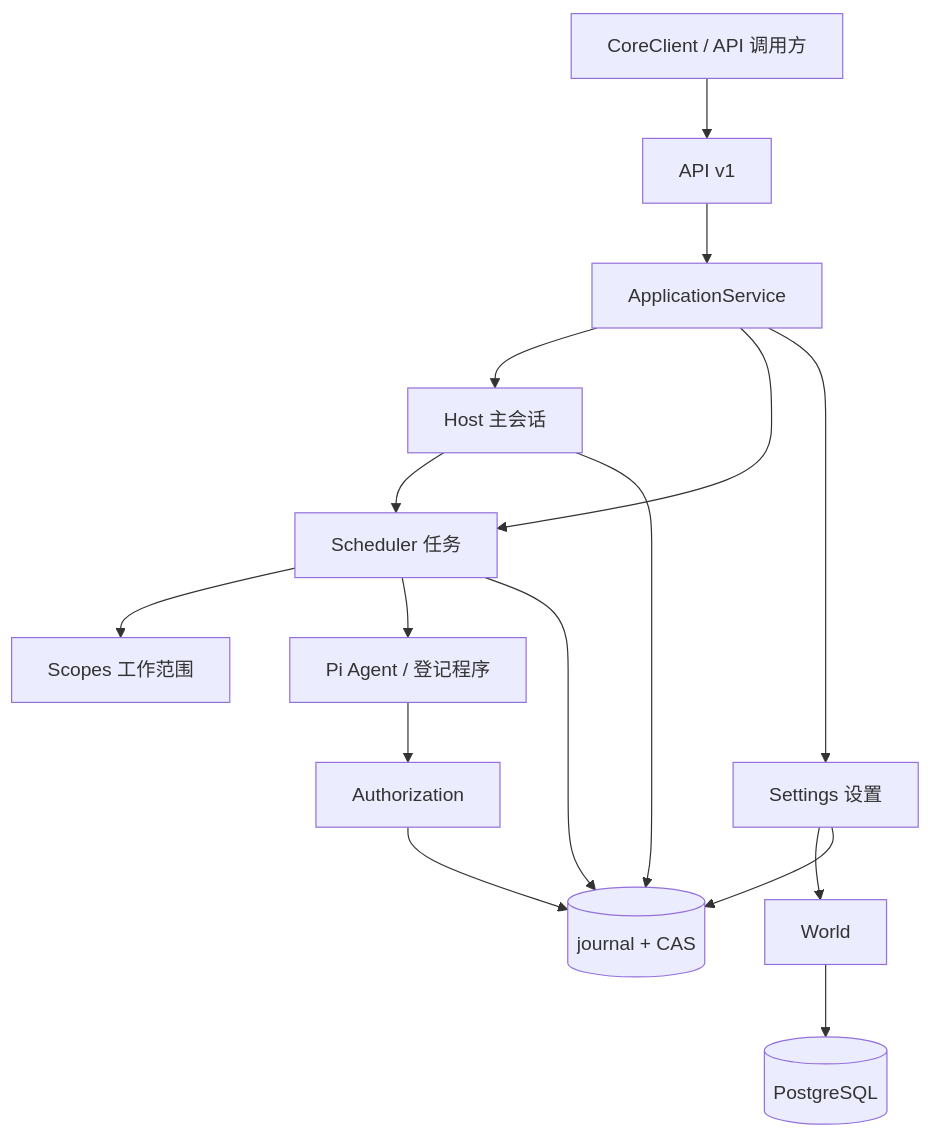
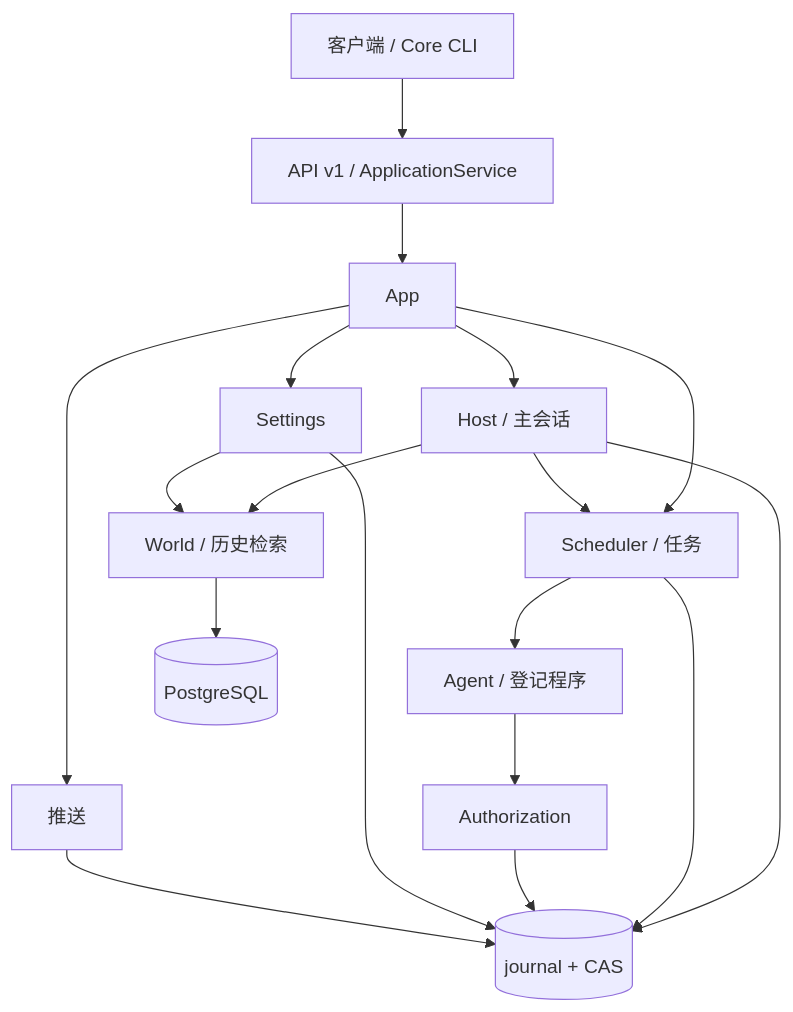
Before and after one commit to ExplodeCode6324/Secretary: the diagram in docs/architecture.md, drawn with Mermaid. The commit also changed other lines of this file and 85 other files, not shown here.

````diff
--- a/docs/architecture.md
+++ b/docs/architecture.md
@@ -5,18 +5,20 @@
 ```mermaid
 flowchart TD
-  Client[CoreClient / API 调用方] --> API[API v1]
-  API --> Service[ApplicationService]
-  Service --> Host[Host 主会话]
-  Service --> Scheduler[Scheduler 任务]
-  Service --> Settings[Settings 设置]
+  Client[客户端 / Core CLI] --> API[API v1 / ApplicationService]
+  API --> App[App]
+  App --> Host[Host / 主会话]
+  App --> Scheduler[Scheduler / 任务]
+  App --> Settings[Settings]
+  App --> Push[推送]
   Host --> Scheduler
-  Scheduler --> Scopes[Scopes 工作范围]
-  Scheduler --> Executor[Pi Agent / 登记程序]
+  Scheduler --> Executor[Agent / 登记程序]
   Executor --> Auth[Authorization]
-  Settings --> World[World]
-  World --> PG[(PostgreSQL)]
   Host --> Store[(journal + CAS)]
   Scheduler --> Store
   Auth --> Store
   Settings --> Store
+  Push --> Store
+  Host --> World[World / 历史检索]
+  Settings --> World
+  World --> PG[(PostgreSQL)]
 ```
````
